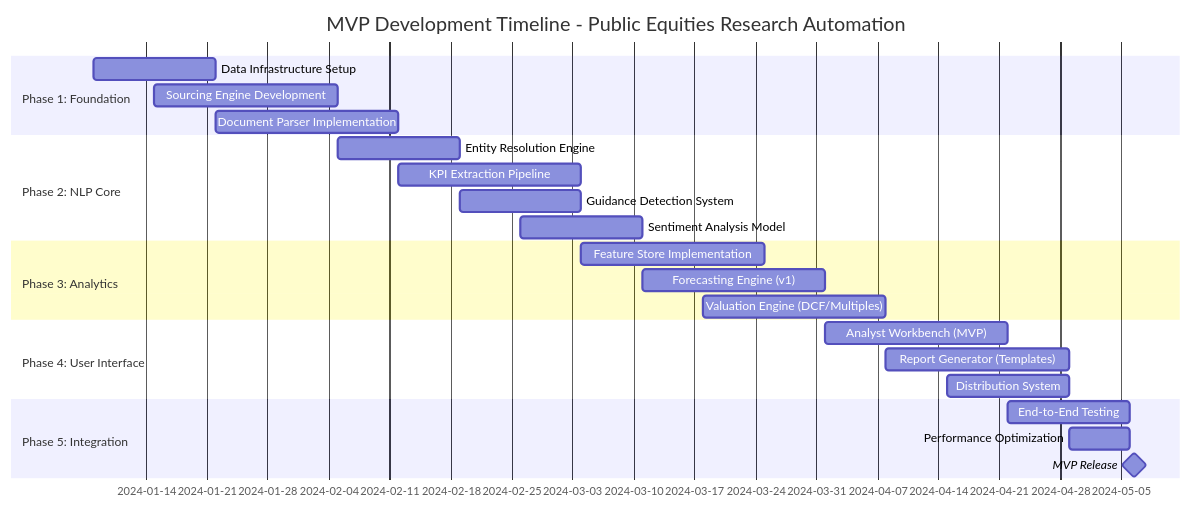
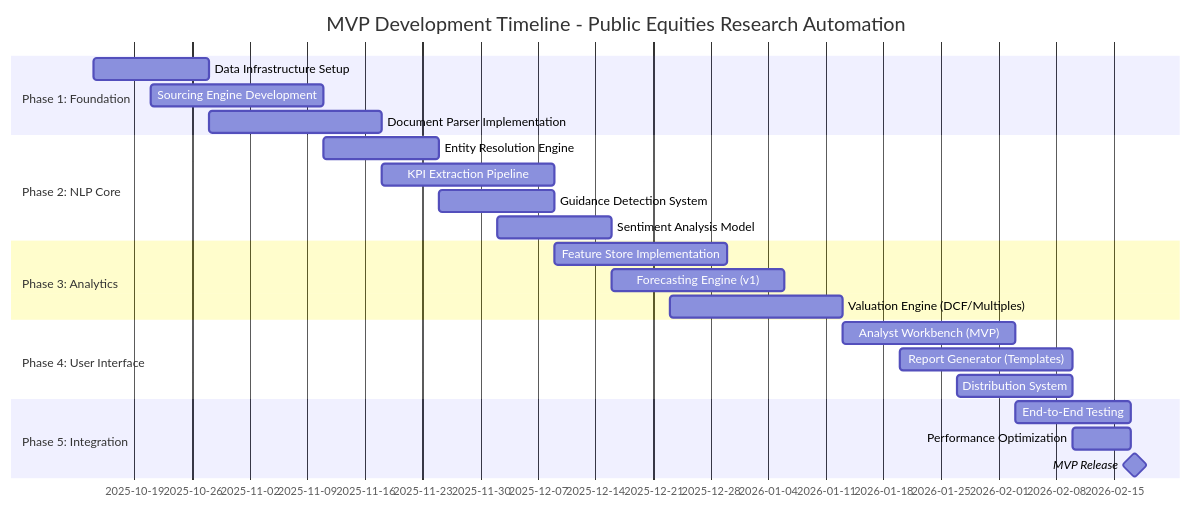
The seventh of 11 diagrams in 06a_Research_Public_Equities.md (ProfDrT/investment-bank), drawn with Mermaid before and after one commit. The commit also changed other lines of this file, not shown here.

Commit message:
fix: update MVP timeline to correct dates (Q4 2025 - Q1 2026)
- Correct Gantt chart dates from 2024 to realistic 2025-2026 timeline
- Update Phase 2 extensions to Q2-Q3 2026
- Align implementation roadmap with current date (Sept 2025)

🤖 Generated with [Claude Code](https://claude.ai/code)

````diff
--- a/06a_Research_Public_Equities.md
+++ b/06a_Research_Public_Equities.md
@@ -1254,30 +1254,30 @@
 ```mermaid
 gantt
     title MVP Development Timeline - Public Equities Research Automation
     dateFormat  YYYY-MM-DD
     section Phase 1: Foundation
-    Data Infrastructure Setup    :p1, 2024-01-08, 2w
-    Sourcing Engine Development  :p2, 2024-01-15, 3w
-    Document Parser Implementation :p3, 2024-01-22, 3w
+    Data Infrastructure Setup    :p1, 2025-10-14, 2w
+    Sourcing Engine Development  :p2, 2025-10-21, 3w
+    Document Parser Implementation :p3, 2025-10-28, 3w
     
     section Phase 2: NLP Core
-    Entity Resolution Engine     :p4, 2024-02-05, 2w
-    KPI Extraction Pipeline      :p5, 2024-02-12, 3w
-    Guidance Detection System    :p6, 2024-02-19, 2w
-    Sentiment Analysis Model     :p7, 2024-02-26, 2w
+    Entity Resolution Engine     :p4, 2025-11-11, 2w
+    KPI Extraction Pipeline      :p5, 2025-11-18, 3w
+    Guidance Detection System    :p6, 2025-11-25, 2w
+    Sentiment Analysis Model     :p7, 2025-12-02, 2w
     
     section Phase 3: Analytics
-    Feature Store Implementation :p8, 2024-03-04, 3w
-    Forecasting Engine (v1)      :p9, 2024-03-11, 3w
-    Valuation Engine (DCF/Multiples) :p10, 2024-03-18, 3w
+    Feature Store Implementation :p8, 2025-12-09, 3w
+    Forecasting Engine (v1)      :p9, 2025-12-16, 3w
+    Valuation Engine (DCF/Multiples) :p10, 2025-12-23, 3w
     
     section Phase 4: User Interface
-    Analyst Workbench (MVP)      :p11, 2024-04-01, 3w
-    Report Generator (Templates) :p12, 2024-04-08, 3w
-    Distribution System          :p13, 2024-04-15, 2w
+    Analyst Workbench (MVP)      :p11, 2026-01-13, 3w
+    Report Generator (Templates) :p12, 2026-01-20, 3w
+    Distribution System          :p13, 2026-01-27, 2w
     
     section Phase 5: Integration
-    End-to-End Testing           :p14, 2024-04-22, 2w
-    Performance Optimization     :p15, 2024-04-29, 1w
-    MVP Release                  :milestone, m1, 2024-05-06, 1d
+    End-to-End Testing           :p14, 2026-02-03, 2w
+    Performance Optimization     :p15, 2026-02-10, 1w
+    MVP Release                  :milestone, m1, 2026-02-17, 1d
 ```
````
